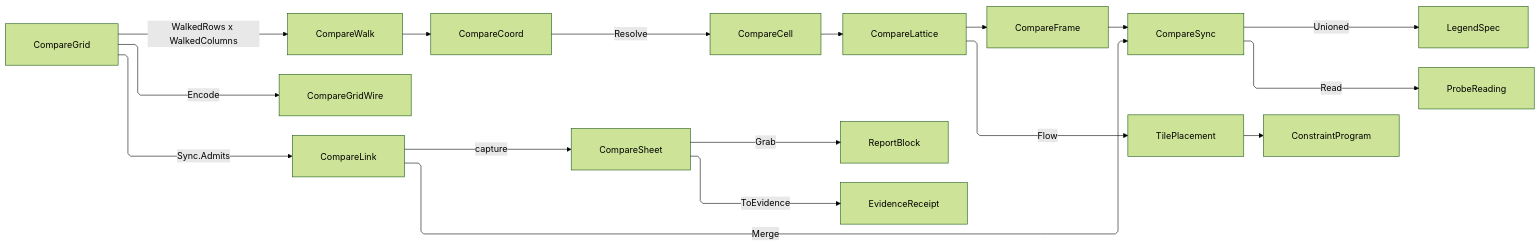
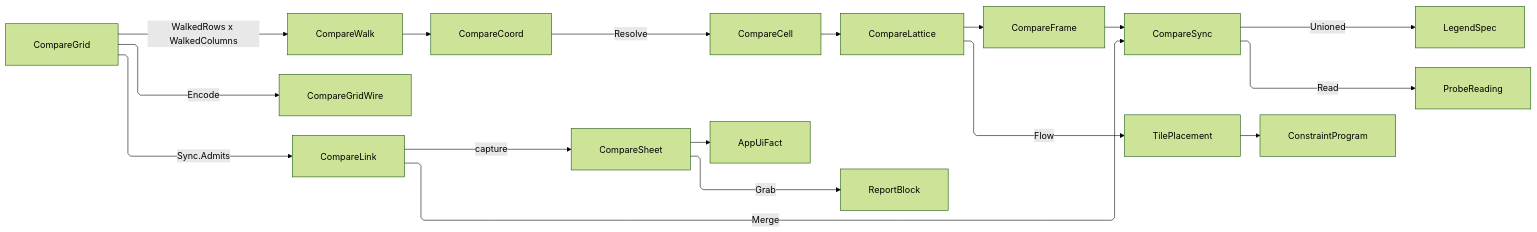
The diagram in libs/dotnet/Rasm.AppUi/.planning/Analysis/compare.md (bsamiee/Rasm), drawn with Mermaid (forest theme) before and after one commit. The commit also changed other lines of this file and 1417 other files, not shown here.

````diff
--- a/libs/dotnet/Rasm.AppUi/.planning/Analysis/compare.md
+++ b/libs/dotnet/Rasm.AppUi/.planning/Analysis/compare.md
@@ -596,28 +600,28 @@
 ```mermaid
 ---
 config:
   layout: elk
   flowchart:
     curve: linear
     padding: 25
 ---
 flowchart LR
     accTitle: Compare grid coordinate walk and shared channels
-    accDescr: A grid declaring two walked axes over a pinned coordinate, walking the capped cartesian product into coordinates that resolve to a lattice of bound cells beside the members the walk refused, with each granted link folding its own merge over one frame to seat one camera, one probe reading set, and one unioned legend domain, before placement runs one board flow per lattice row and the capture grant admits the contact sheet and its receipt.
+    accDescr: A grid declaring two walked axes over a pinned coordinate, walking the capped cartesian product into coordinates that resolve to a lattice of bound cells beside the members the walk refused, with each granted link folding its own merge over one frame to seat one camera, one probe reading set, and one unioned legend domain, before placement runs one board flow per lattice row and the capture grant admits the contact sheet and fires its settled fact.
     CompareGrid -->|WalkedRows x WalkedColumns| CompareWalk
     CompareWalk --> CompareCoord
     CompareCoord -->|Resolve| CompareCell
     CompareCell --> CompareLattice
     CompareLattice --> CompareFrame
     CompareGrid -->|Encode| CompareGridWire
     CompareGrid -->|Sync.Admits| CompareLink
     CompareLink -->|Merge| CompareSync
     CompareFrame --> CompareSync
     CompareSync -->|Unioned| LegendSpec
     CompareSync -->|Read| ProbeReading
     CompareLattice -->|Flow| TilePlacement
     TilePlacement --> ConstraintProgram
     CompareLink -->|capture| CompareSheet
     CompareSheet -->|Grab| ReportBlock
-    CompareSheet -->|ToEvidence| EvidenceReceipt
+    CompareSheet --> AppUiFact
 ```
````
